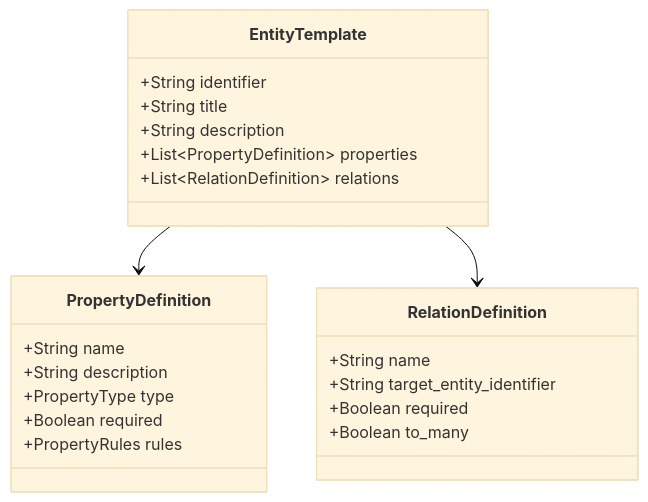
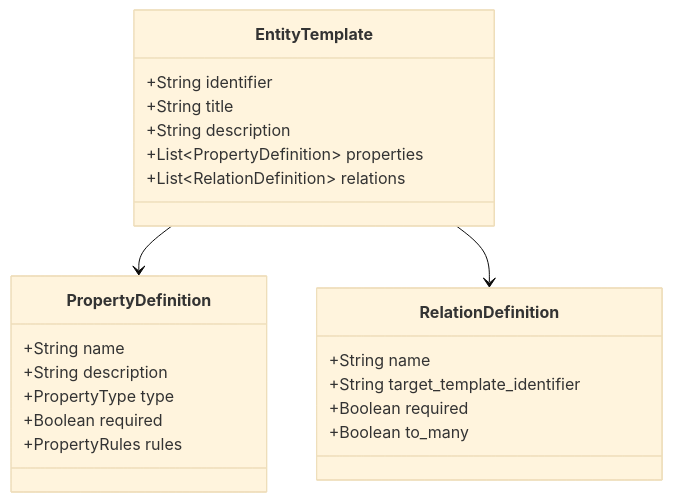
Before and after one commit to Decathlon/internal-developer-platform: the diagram in docs/src/concepts/entity-templates.md, drawn with Mermaid (base theme). The commit also changed other lines of this file and 40 other files, not shown here.

Commit message:
feat(api)!: simplify entity-template contracts

````diff
--- a/docs/src/concepts/entity-templates.md
+++ b/docs/src/concepts/entity-templates.md
@@ -16,28 +16,28 @@
 ```mermaid
 classDiagram
     class EntityTemplate {
         +String identifier
         +String title
         +String description
         +List~PropertyDefinition~ properties
         +List~RelationDefinition~ relations
     }
 
     class PropertyDefinition {
         +String name
         +String description
         +PropertyType type
         +Boolean required
         +PropertyRules rules
     }
 
     class RelationDefinition {
         +String name
-        +String target_entity_identifier
+        +String target_template_identifier
         +Boolean required
         +Boolean to_many
     }
 
     EntityTemplate --> PropertyDefinition
     EntityTemplate --> RelationDefinition
 ```
````
